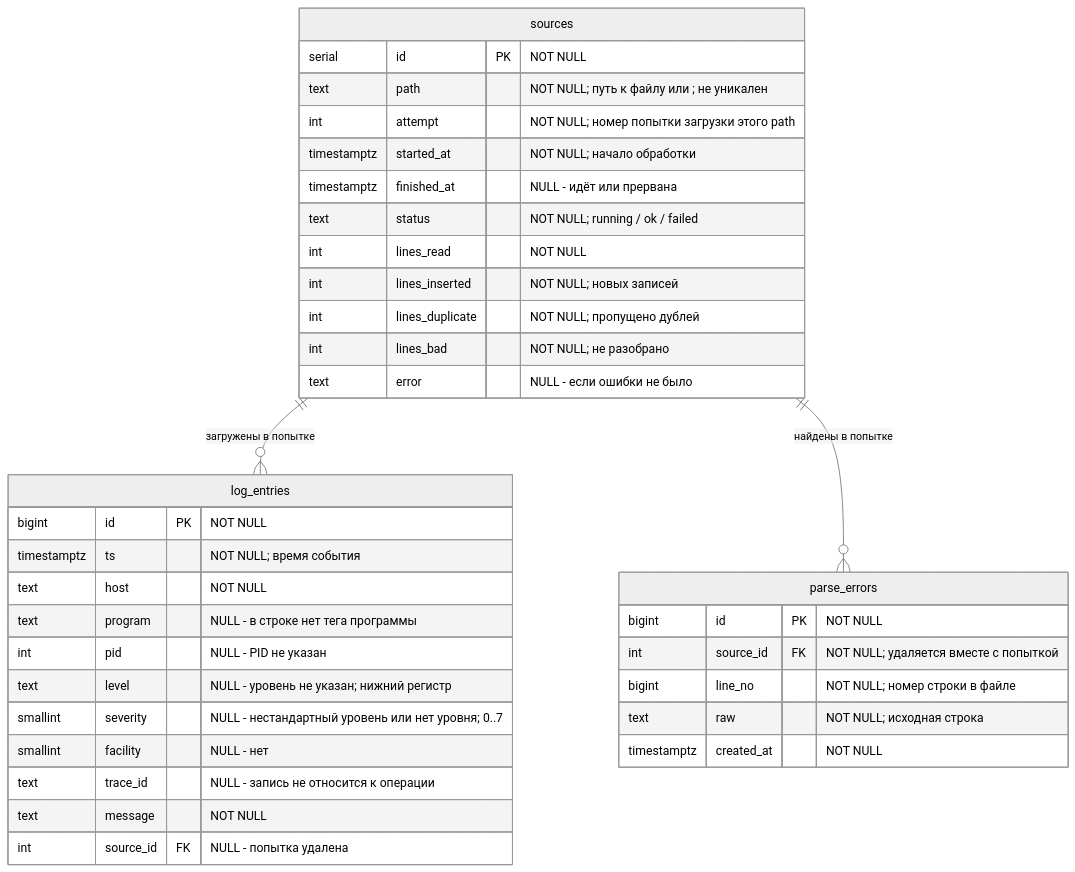
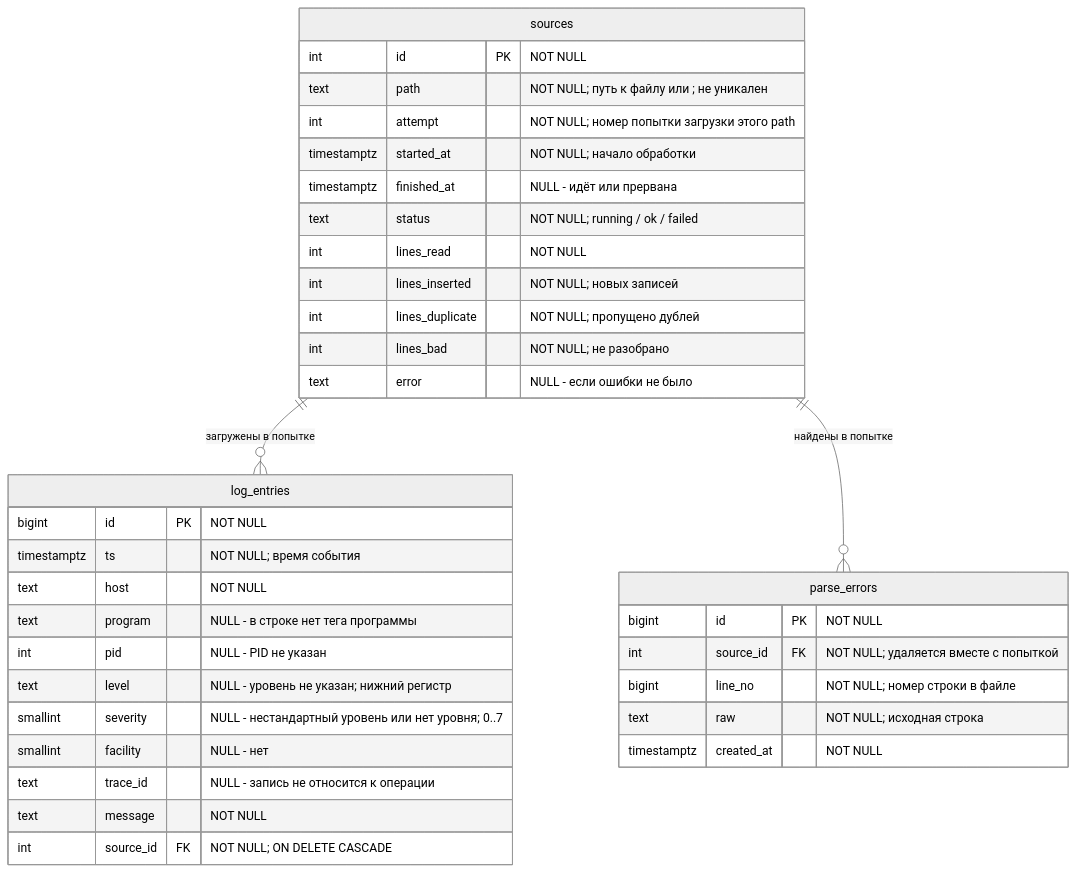
One commit to whodoyouwanttobe/logparser changed the diagram in docs/database.md. Above: the diagram before and after it, drawn with Mermaid (neutral theme). The commit also changed other lines of this file and 1 other file, not shown here.

````diff
--- a/docs/database.md
+++ b/docs/database.md
@@ -9,39 +9,39 @@
 ```mermaid
 erDiagram
     sources ||--o{ log_entries : "загружены в попытке"
     sources ||--o{ parse_errors : "найдены в попытке"
 
     sources {
-        serial id PK "NOT NULL"
+        int id PK "NOT NULL"
         text path "NOT NULL; путь к файлу или <stdin>; не уникален"
         int attempt "NOT NULL; номер попытки загрузки этого path"
         timestamptz started_at "NOT NULL; начало обработки"
         timestamptz finished_at "NULL - идёт или прервана"
         text status "NOT NULL; running / ok / failed"
         int lines_read "NOT NULL"
         int lines_inserted "NOT NULL; новых записей"
         int lines_duplicate "NOT NULL; пропущено дублей"
         int lines_bad "NOT NULL; не разобрано"
         text error "NULL - если ошибки не было"
     }
     log_entries {
         bigint id PK "NOT NULL"
         timestamptz ts "NOT NULL; время события"
         text host "NOT NULL"
         text program "NULL - в строке нет тега программы"
         int pid "NULL - PID не указан"
         text level "NULL - уровень не указан; нижний регистр"
         smallint severity "NULL - нестандартный уровень или нет уровня; 0..7"
         smallint facility "NULL - нет <PRI>"
         text trace_id "NULL - запись не относится к операции"
         text message "NOT NULL"
-        int source_id FK "NULL - попытка удалена"
+        int source_id FK "NOT NULL; ON DELETE CASCADE"
     }
     parse_errors {
         bigint id PK "NOT NULL"
         int source_id FK "NOT NULL; удаляется вместе с попыткой"
         bigint line_no "NOT NULL; номер строки в файле"
         text raw "NOT NULL; исходная строка"
         timestamptz created_at "NOT NULL"
     }
 ```
````
